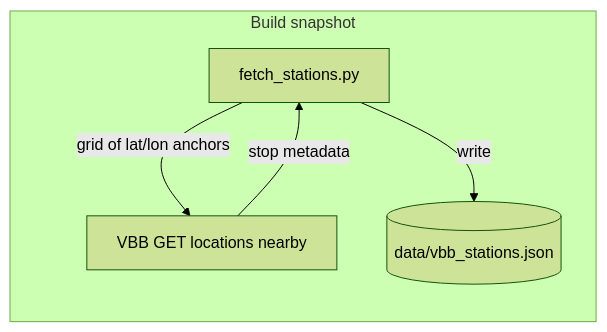
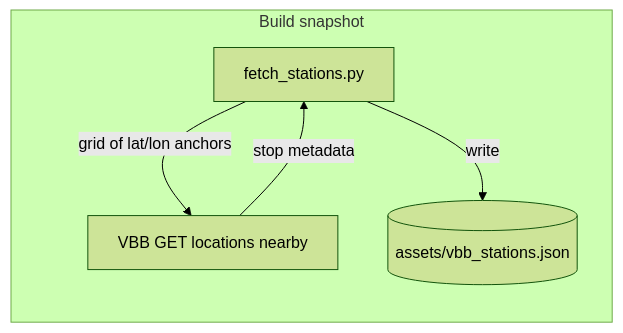
One commit to momonala/trainspotter changed the first of 4 diagrams in README.md. Above: the diagram before and after it, drawn with Mermaid (forest theme). The commit also changed other lines of this file and 3 other files, not shown here.

Commit message:
rename data/ to assets/

````diff
--- a/README.md
+++ b/README.md
@@ -55,11 +55,11 @@
 ```mermaid
 flowchart LR
   subgraph buildSnapshot [Build snapshot]
     Script[fetch_stations.py]
     VBBnear[VBB GET locations nearby]
-    JsonFile[(data/vbb_stations.json)]
+    JsonFile[(assets/vbb_stations.json)]
     Script -->|grid of lat/lon anchors| VBBnear
     VBBnear -->|stop metadata| Script
     Script -->|write| JsonFile
   end
 ```
````
